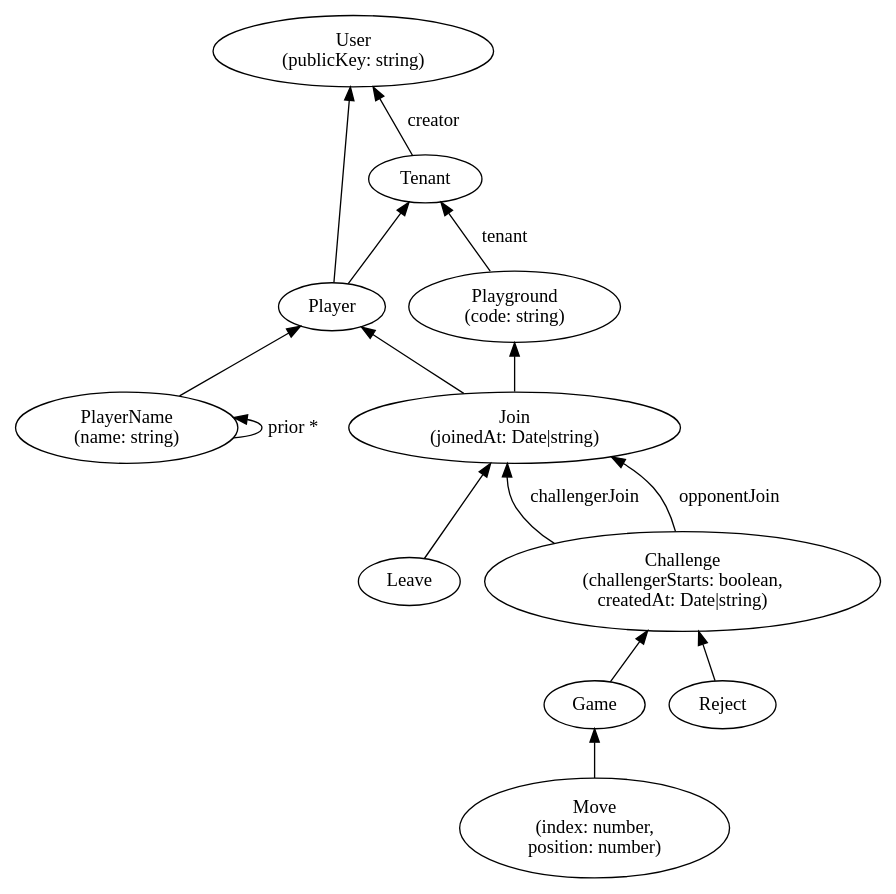
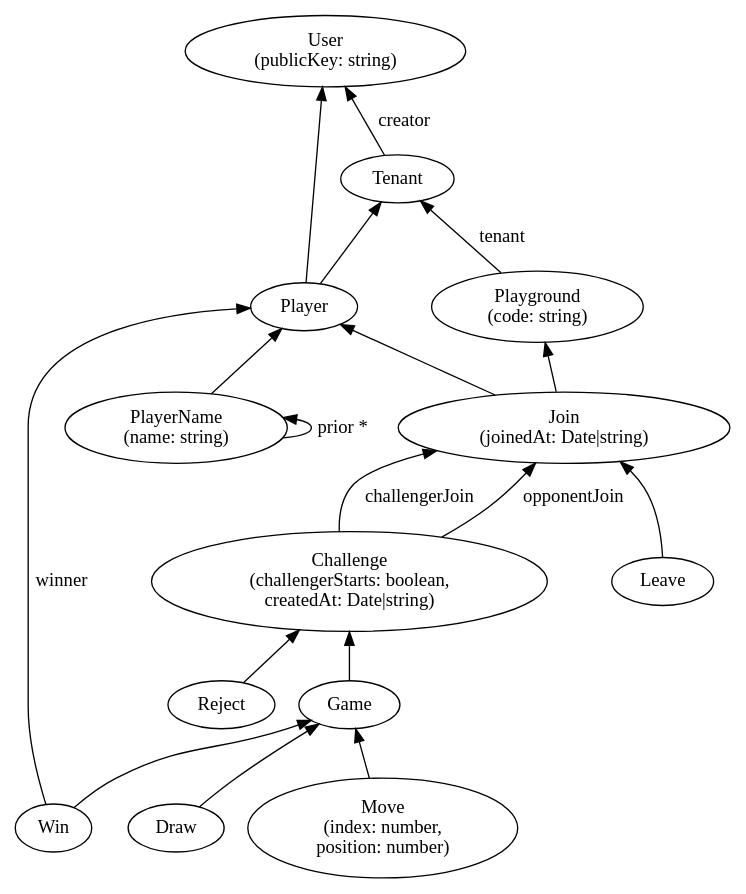
One commit to michaellperry/gamehub changed the diagram in docs/models/playground.dot. Above: the diagram before and after it, drawn with Graphviz. The commit also changed 4 other files, not shown here.

```diff
--- a/docs/models/playground.dot
+++ b/docs/models/playground.dot
@@ -1,29 +1,33 @@
 digraph {
     rankdir=BT
     User [label="User\n(publicKey: string)"]
 
     Tenant -> User [label="creator"]
     Player -> User, Tenant
 
     PlayerName [label="PlayerName\n(name: string)"]
     PlayerName -> Player
     PlayerName -> PlayerName [label="prior *"]
 
     Playground -> Tenant [label="tenant"]
     Playground [label="Playground\n(code: string)"]
 
     Join [label="Join\n(joinedAt: Date|string)"]
     Join -> Player, Playground
 
     Leave -> Join
 
     Challenge -> Join [label="challengerJoin"]
     Challenge -> Join [label="opponentJoin"]
     Challenge [label="Challenge\n(challengerStarts: boolean,\ncreatedAt: Date|string)"]
 
     Game -> Challenge
     Reject -> Challenge
 
     Move -> Game
     Move [label="Move\n(index: number,\nposition: number)"]
+
+    Win -> Game
+    Win -> Player [label="winner"]
+    Draw -> Game
 }
```
